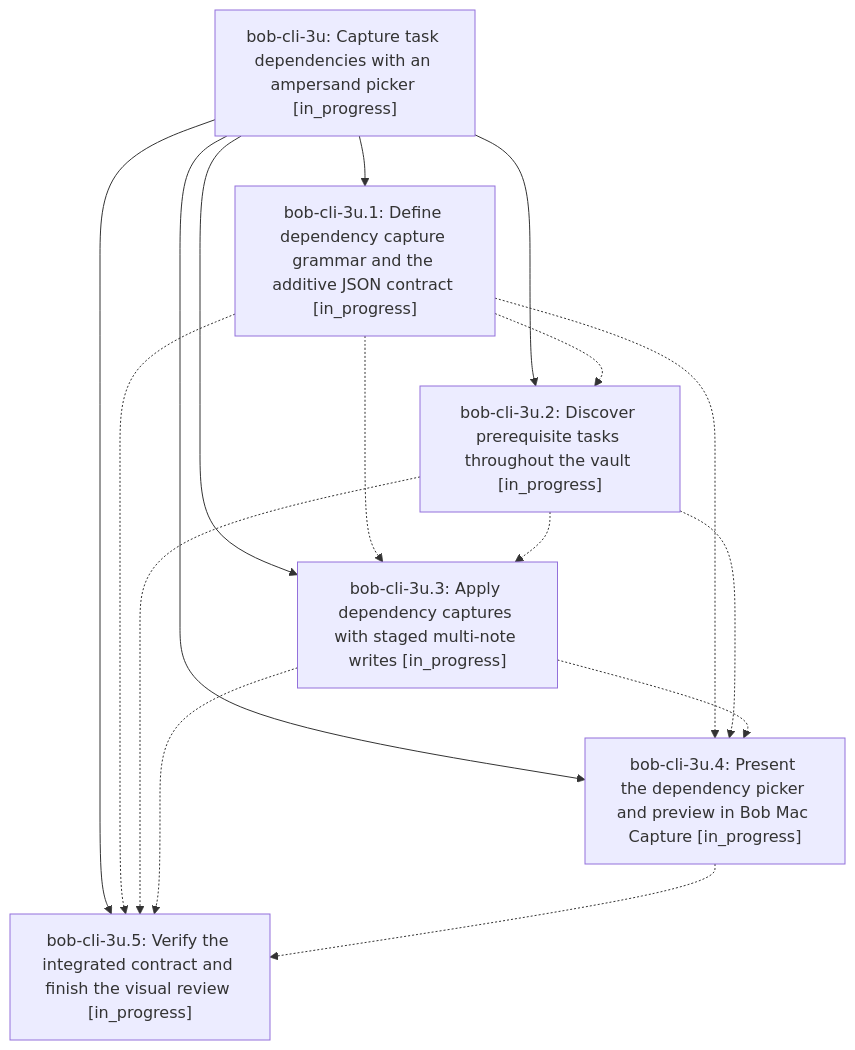
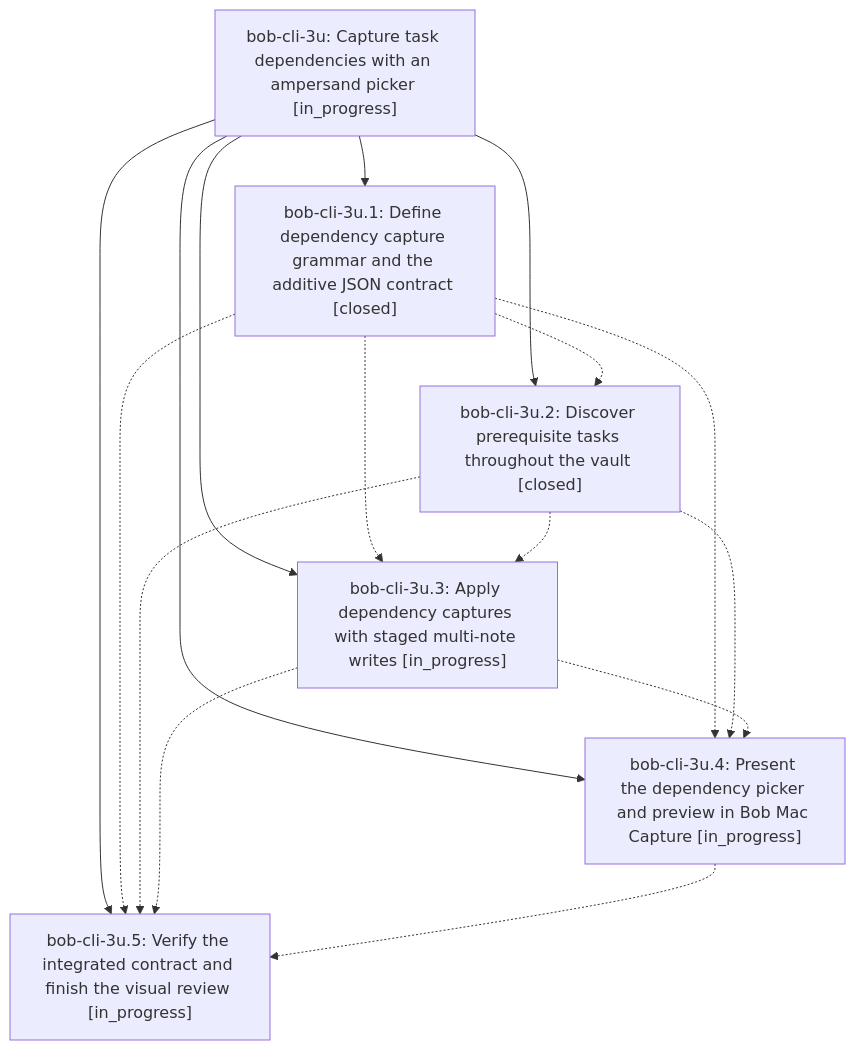
Before and after one commit to bobs-org/bob-cli--beads: the diagram in pages/bob-cli-3u/README.md, drawn with Mermaid. The commit also changed other lines of this file and 5 other files, not shown here.

First line of the commit message:
chore(beads): sync bead state and pages for bob-cli-3u

````diff
--- a/pages/bob-cli-3u/README.md
+++ b/pages/bob-cli-3u/README.md
@@ -26,24 +26,24 @@
 ```mermaid
 flowchart TD
     n0["bob-cli-3u: Capture task dependencies with an ampersand picker [in_progress]"]
-    n1["bob-cli-3u.1: Define dependency capture grammar and the additive JSON contract [in_progress]"]
-    n2["bob-cli-3u.2: Discover prerequisite tasks throughout the vault [in_progress]"]
+    n1["bob-cli-3u.1: Define dependency capture grammar and the additive JSON contract [closed]"]
+    n2["bob-cli-3u.2: Discover prerequisite tasks throughout the vault [closed]"]
     n3["bob-cli-3u.3: Apply dependency captures with staged multi-note writes [in_progress]"]
     n4["bob-cli-3u.4: Present the dependency picker and preview in Bob Mac Capture [in_progress]"]
     n5["bob-cli-3u.5: Verify the integrated contract and finish the visual review [in_progress]"]
     n0 --> n1
     n0 --> n2
     n0 --> n3
     n0 --> n4
     n0 --> n5
     n1 -.-> n2
     n1 -.-> n3
     n1 -.-> n4
     n1 -.-> n5
     n2 -.-> n3
     n2 -.-> n4
     n2 -.-> n5
     n3 -.-> n4
     n3 -.-> n5
     n4 -.-> n5
 ```
````
